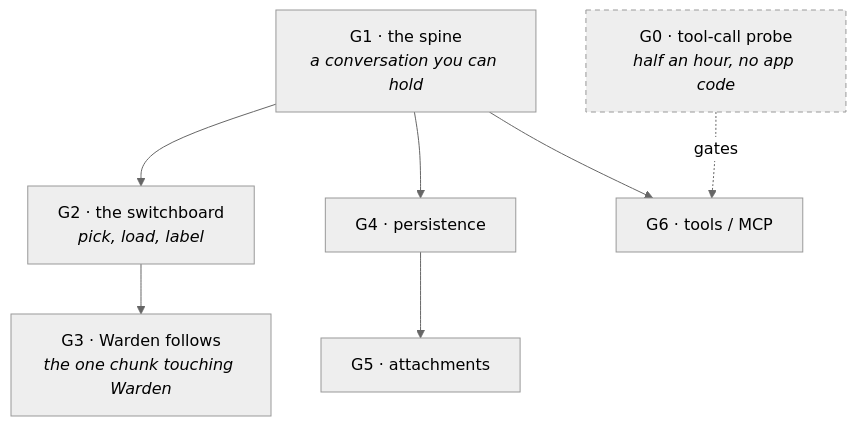
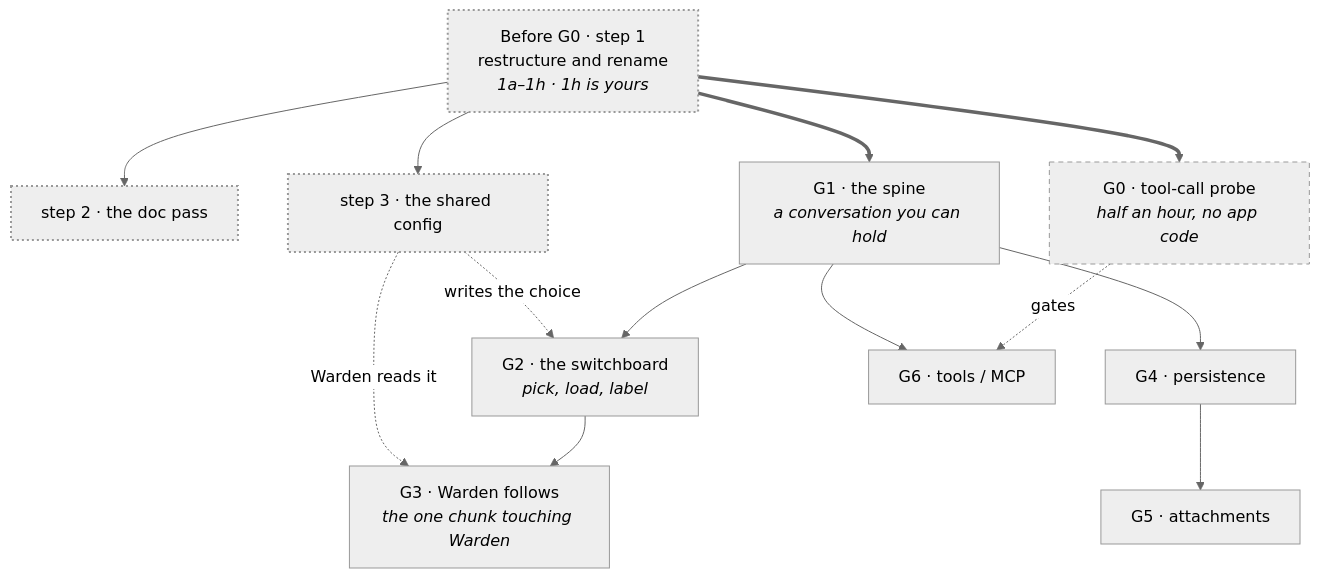
Before and after one commit to LuisZarate17/bifrost: the diagram in stages/STAGE-G.md, drawn with Mermaid (neutral theme). The commit also changed other lines of this file, not shown here.

First line of the commit message:
Break the restructure into chunks, and correct five things it claimed

````diff
--- a/stages/STAGE-G.md
+++ b/stages/STAGE-G.md
@@ -370,18 +631,30 @@
 ```mermaid
 flowchart TD
+    S1["Before G0 · step 1<br/>restructure and rename<br/><i>1a–1h · 1h is yours</i>"]
+    S2["step 2 · the doc pass"]
+    S3["step 3 · the shared config"]
+
     G0["G0 · tool-call probe<br/><i>half an hour, no app code</i>"]
     G1["G1 · the spine<br/><i>a conversation you can hold</i>"]
     G2["G2 · the switchboard<br/><i>pick, load, label</i>"]
     G3["G3 · Warden follows<br/><i>the one chunk touching Warden</i>"]
     G4["G4 · persistence"]
     G5["G5 · attachments"]
     G6["G6 · tools / MCP"]
 
+    S1 --> S2
+    S1 --> S3
+    S1 ==> G0
+    S1 ==> G1
+    S3 -. "writes the choice" .-> G2
+    S3 -. "Warden reads it" .-> G3
     G1 --> G2 --> G3
     G1 --> G4 --> G5
     G1 --> G6
     G0 -. "gates" .-> G6
 
     classDef probe stroke-dasharray:5 4
     class G0 probe
+    classDef ground stroke-width:2px,stroke-dasharray:2 3
+    class S1,S2,S3 ground
 ```
````
